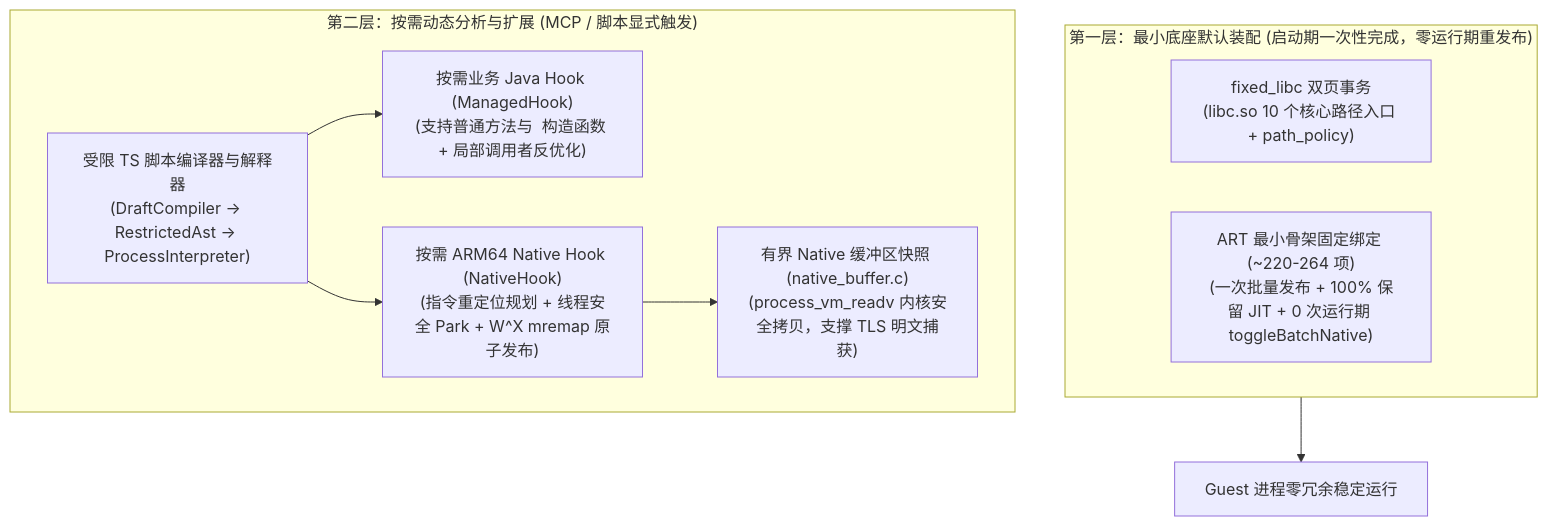
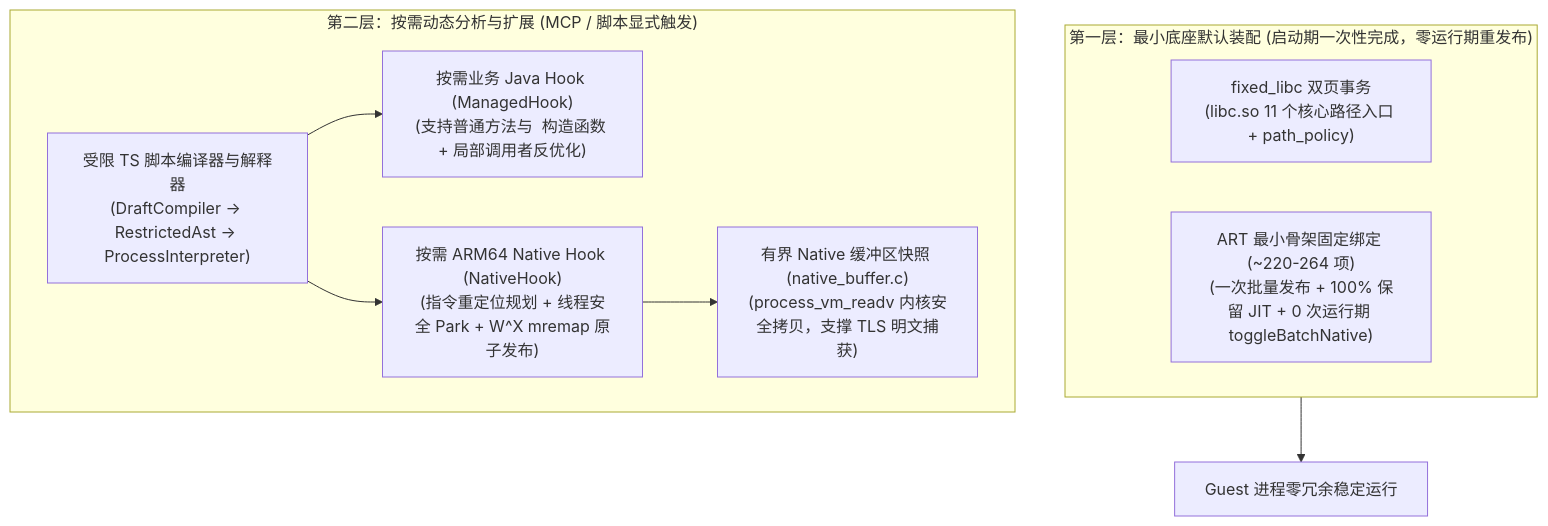
One commit to o0x1024/tripoder changed the diagram in docs/self-hook-design.md. Above: the diagram before and after it, drawn with Mermaid. The commit also changed other lines of this file and 152 other files, not shown here.

````diff
--- a/docs/self-hook-design.md
+++ b/docs/self-hook-design.md
@@ -11,19 +11,19 @@
 ```mermaid
 flowchart TD
     subgraph DefaultBase["第一层：最小底座默认装配 (启动期一次性完成，零运行期重发布)"]
-        FixedLibc["fixed_libc 双页事务\n(libc.so 10 个核心路径入口 + path_policy)"]
+        FixedLibc["fixed_libc 双页事务\n(libc.so 11 个核心路径入口 + path_policy)"]
         SkeletonART["ART 最小骨架固定绑定 (~220-264 项)\n(一次批量发布 + 100% 保留 JIT + 0 次运行期 toggleBatchNative)"]
     end
 
     subgraph OptInDynamic["第二层：按需动态分析与扩展 (MCP / 脚本显式触发)"]
         Script["受限 TS 脚本编译器与解释器\n(DraftCompiler -> RestrictedAst -> ProcessInterpreter)"]
         DynamicJava["按需业务 Java Hook (ManagedHook)\n(支持普通方法与 <init> 构造函数 + 局部调用者反优化)"]
         DynamicNative["按需 ARM64 Native Hook (NativeHook)\n(指令重定位规划 + 线程安全 Park + W^X mremap 原子发布)"]
         NativeBuffer["有界 Native 缓冲区快照 (native_buffer.c)\n(process_vm_readv 内核安全拷贝，支撑 TLS 明文捕获)"]
     end
 
     DefaultBase --> Guest["Guest 进程零冗余稳定运行"]
     Script --> DynamicJava
     Script --> DynamicNative
     DynamicNative --> NativeBuffer
 ```
````
